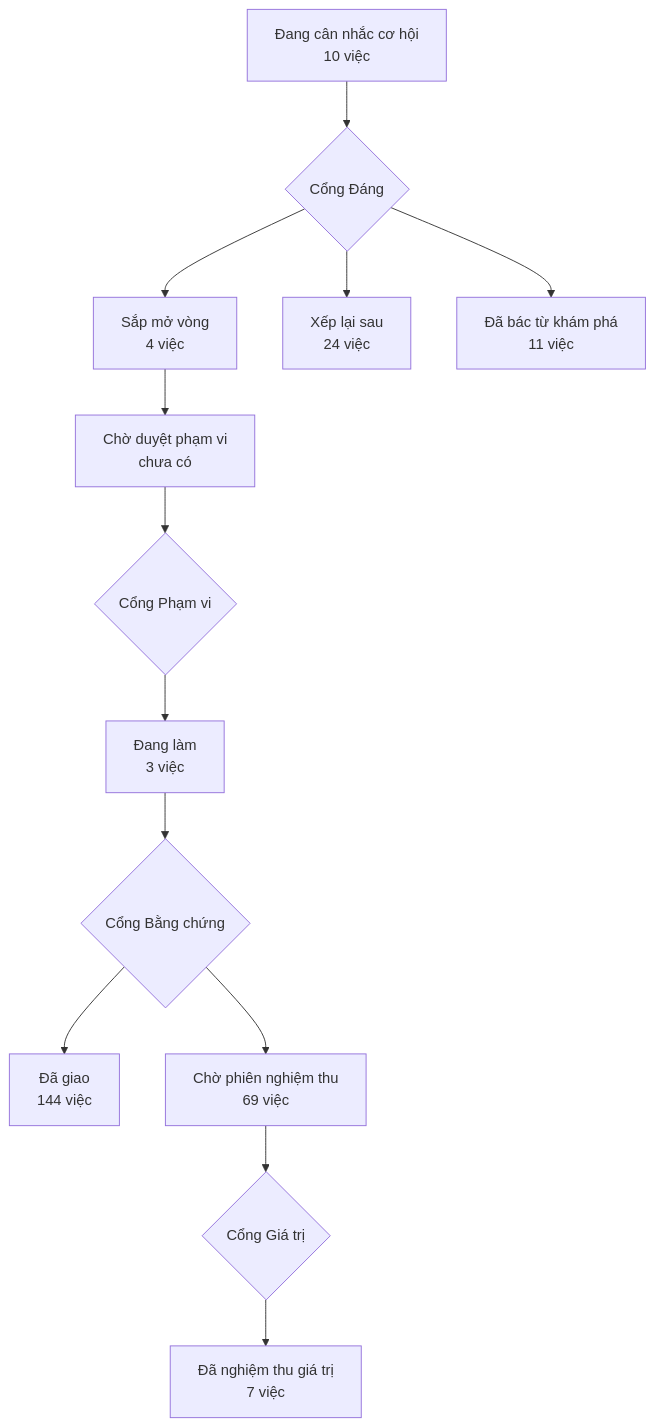
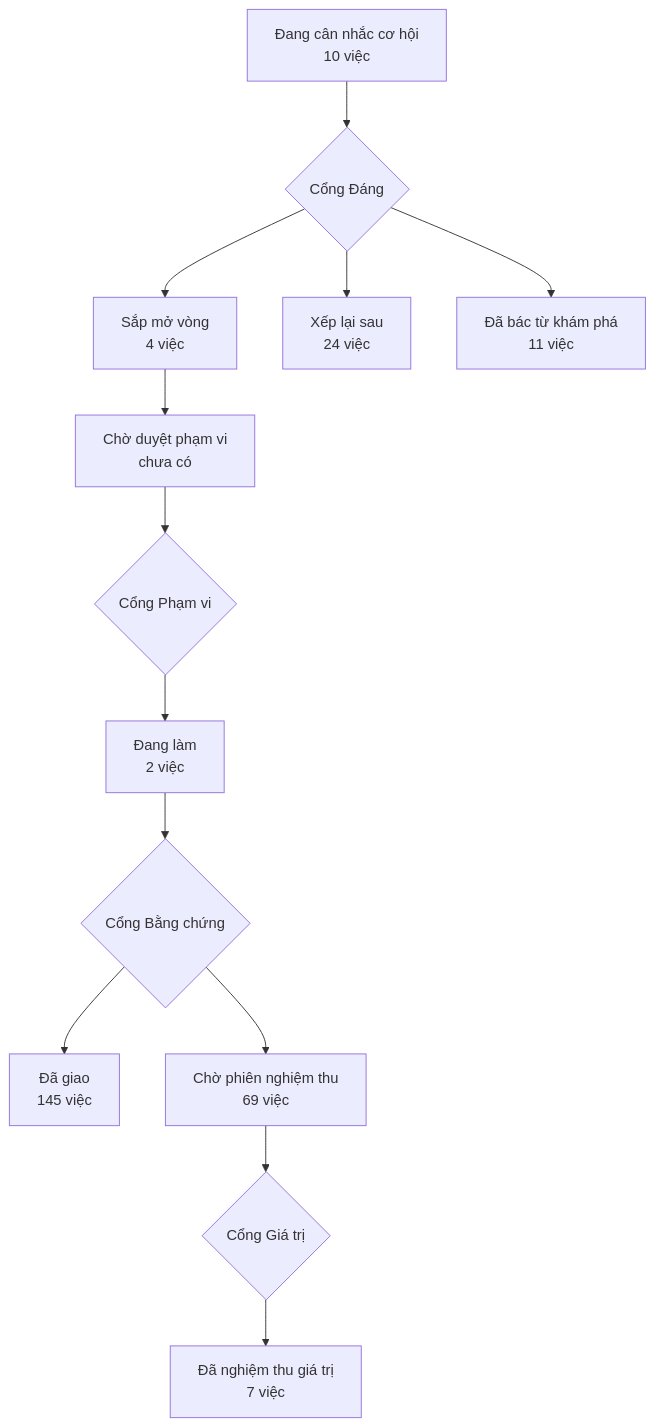
The diagram in PRODUCT-MAP.md (phanlemanh/acceptance-gate-kit), drawn with Mermaid before and after one commit. The commit also changed 5 other files, not shown here.

````diff
--- a/PRODUCT-MAP.md
+++ b/PRODUCT-MAP.md
@@ -7,12 +7,12 @@
 ```mermaid
 flowchart TD
   A["Đang cân nhắc cơ hội<br/>10 việc"] --> GD{"Cổng Đáng"}
   GD --> B["Sắp mở vòng<br/>4 việc"]
   GD --> XL["Xếp lại sau<br/>24 việc"]
   GD --> DB["Đã bác từ khám phá<br/>11 việc"]
   B --> CD["Chờ duyệt phạm vi<br/>chưa có"] --> GP{"Cổng Phạm vi"}
-  GP --> DL["Đang làm<br/>3 việc"] --> GB{"Cổng Bằng chứng"}
-  GB --> DG["Đã giao<br/>144 việc"]
+  GP --> DL["Đang làm<br/>2 việc"] --> GB{"Cổng Bằng chứng"}
+  GB --> DG["Đã giao<br/>145 việc"]
   GB --> CN["Chờ phiên nghiệm thu<br/>69 việc"] --> GG{"Cổng Giá trị"}
   GG --> NT["Đã nghiệm thu giá trị<br/>7 việc"]
 ```
````
